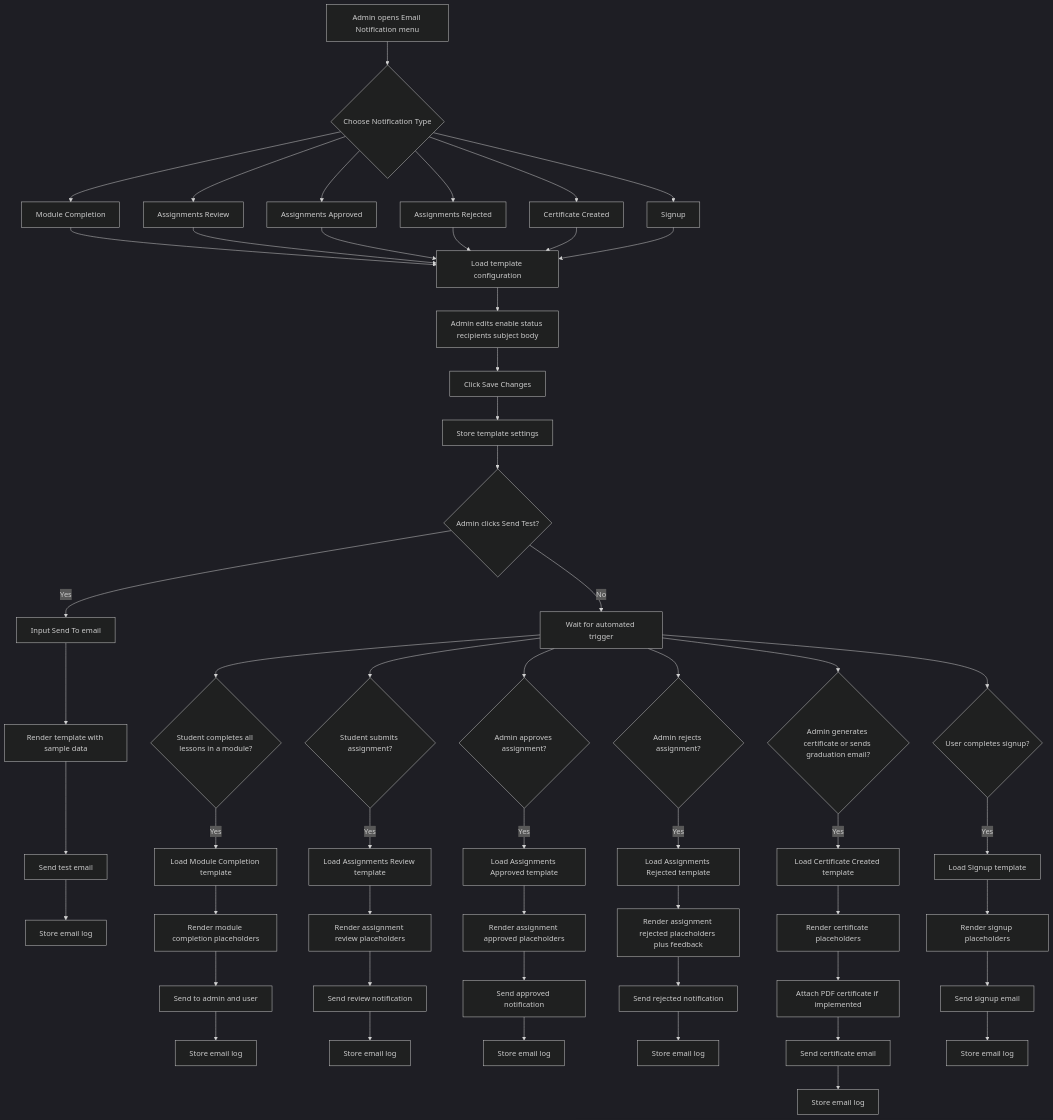
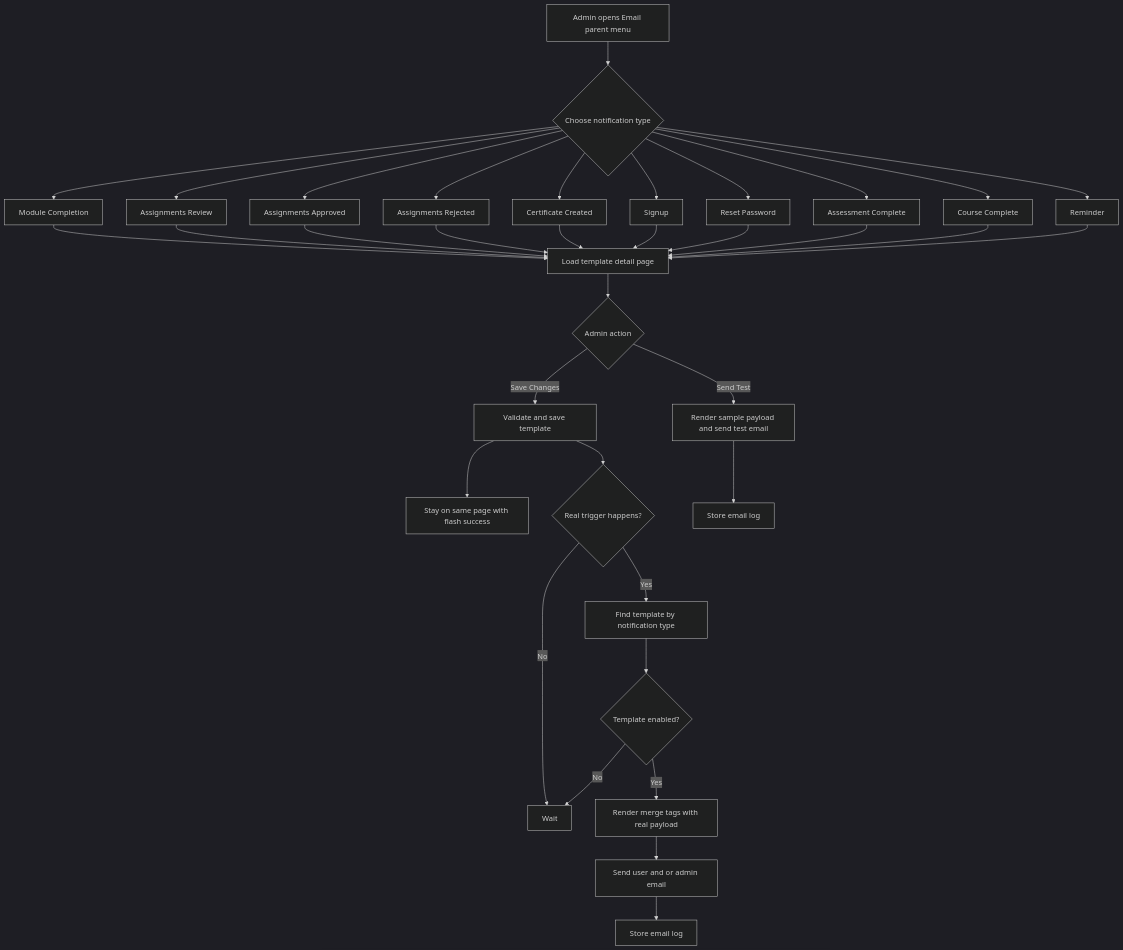
One commit to weslyambaritaa/YogaFX-Learning-Management-System-Web changed the diagram in docs/mermaid/email-notification-flow.mmd. Above: the diagram before and after it, drawn with Mermaid (dark theme). The commit also changed 44 other files, not shown here.

Commit message:
docs: refresh project documentation, flows, and diagrams as source of truth

```diff
--- a/docs/mermaid/email-notification-flow.mmd
+++ b/docs/mermaid/email-notification-flow.mmd
@@ -1,72 +1,38 @@
 flowchart TD
-
-    A[Admin opens Email Notification menu] --> B{Choose Notification Type}
-
+    A[Admin opens Email parent menu] --> B{Choose notification type}
     B --> C[Module Completion]
     B --> D[Assignments Review]
     B --> E[Assignments Approved]
     B --> F[Assignments Rejected]
     B --> G[Certificate Created]
     B --> H[Signup]
+    B --> I[Reset Password]
+    B --> J[Assessment Complete]
+    B --> K[Course Complete]
+    B --> L[Reminder]
 
-    %% Common configuration flow
-    C --> I[Load template configuration]
-    D --> I
-    E --> I
-    F --> I
-    G --> I
-    H --> I
+    C --> M[Load template detail page]
+    D --> M
+    E --> M
+    F --> M
+    G --> M
+    H --> M
+    I --> M
+    J --> M
+    K --> M
+    L --> M
 
-    I --> J[Admin edits enable status recipients subject body]
-    J --> K[Click Save Changes]
-    K --> L[Store template settings]
+    M --> N{Admin action}
+    N -->|Save Changes| O[Validate and save template]
+    N -->|Send Test| P[Render sample payload and send test email]
+    O --> Q[Stay on same page with flash success]
+    P --> R[Store email log]
 
-    L --> M{Admin clicks Send Test?}
-    M -->|Yes| N[Input Send To email]
-    N --> O[Render template with sample data]
-    O --> P[Send test email]
-    P --> Q[Store email log]
-    M -->|No| R[Wait for automated trigger]
-
-    %% Module Completion automated flow
-    R --> S{Student completes all lessons in a module?}
-    S -->|Yes| T[Load Module Completion template]
-    T --> U[Render module completion placeholders]
-    U --> V[Send to admin and user]
-    V --> W[Store email log]
-
-    %% Assignment Review automated flow
-    R --> X{Student submits assignment?}
-    X -->|Yes| Y[Load Assignments Review template]
-    Y --> Z[Render assignment review placeholders]
-    Z --> AA[Send review notification]
-    AA --> AB[Store email log]
-
-    %% Assignment Approved automated flow
-    R --> AC{Admin approves assignment?}
-    AC -->|Yes| AD[Load Assignments Approved template]
-    AD --> AE[Render assignment approved placeholders]
-    AE --> AF[Send approved notification]
-    AF --> AG[Store email log]
-
-    %% Assignment Rejected automated flow
-    R --> AH{Admin rejects assignment?}
-    AH -->|Yes| AI[Load Assignments Rejected template]
-    AI --> AJ[Render assignment rejected placeholders plus feedback]
-    AJ --> AK[Send rejected notification]
-    AK --> AL[Store email log]
-
-    %% Certificate Created automated flow
-    R --> AM{Admin generates certificate or sends graduation email?}
-    AM -->|Yes| AN[Load Certificate Created template]
-    AN --> AO[Render certificate placeholders]
-    AO --> AP[Attach PDF certificate if implemented]
-    AP --> AQ[Send certificate email]
-    AQ --> AR[Store email log]
-
-    %% Signup automated flow
-    R --> AS{User completes signup?}
-    AS -->|Yes| AT[Load Signup template]
-    AT --> AU[Render signup placeholders]
-    AU --> AV[Send signup email]
-    AV --> AW[Store email log]
+    O --> S{Real trigger happens?}
+    S -->|No| T[Wait]
+    S -->|Yes| U[Find template by notification type]
+    U --> V{Template enabled?}
+    V -->|No| T
+    V -->|Yes| W[Render merge tags with real payload]
+    W --> X[Send user and or admin email]
+    X --> Y[Store email log]
```
